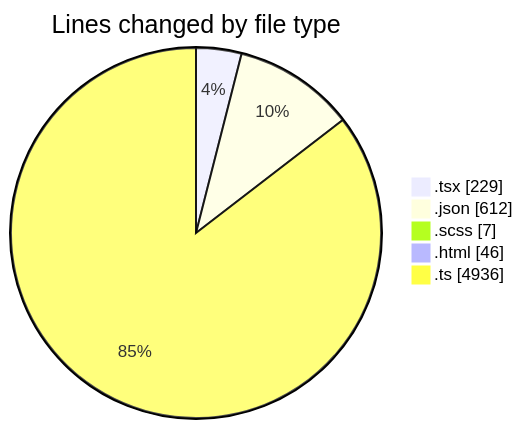
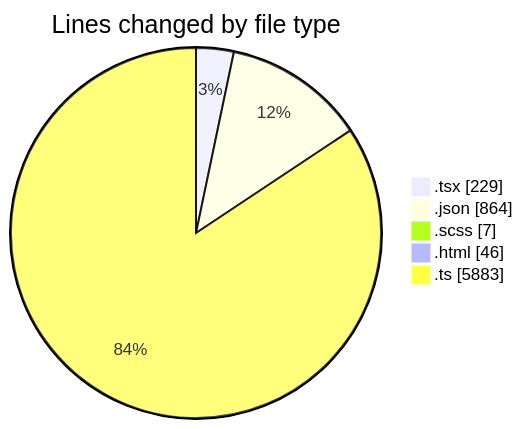
Before and after one commit to momahboobian/code-tracking: the first of 2 diagrams in 2026-04-14/cda/README.md, drawn with Mermaid. The commit also changed other lines of this file and 1 other file, not shown here.

````diff
--- a/2026-04-14/cda/README.md
+++ b/2026-04-14/cda/README.md
@@ -33,9 +34,9 @@
 ```mermaid
 pie showData
 title Lines changed by file type
 ".tsx" : 229
-".json" : 612
+".json" : 864
 ".scss" : 7
 ".html" : 46
-".ts" : 4936
+".ts" : 5883
 ```
````
